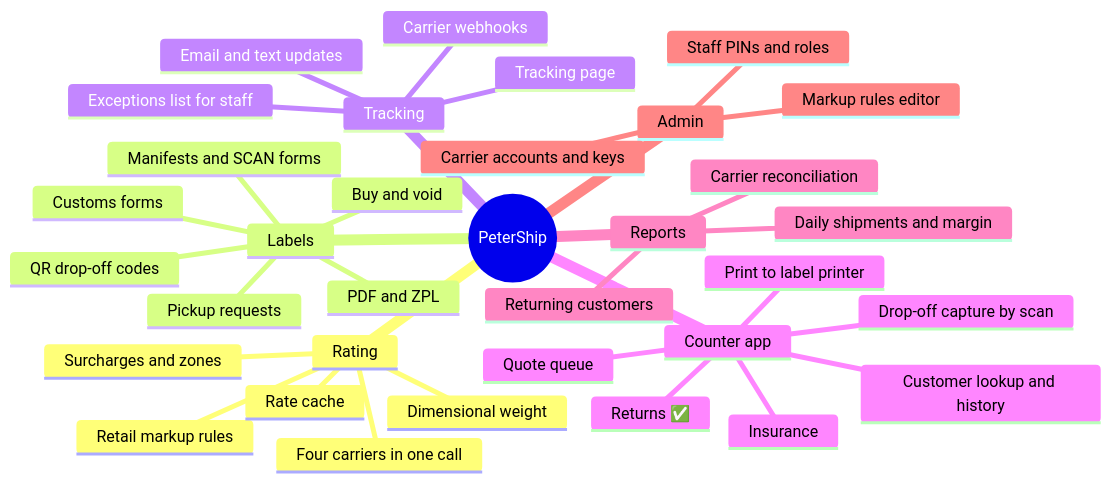
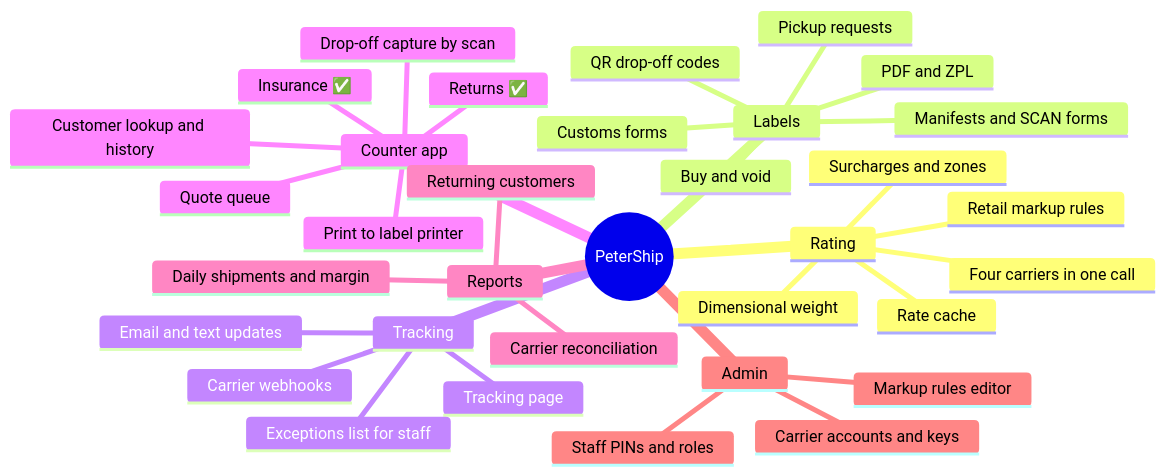
One commit to wbp318/goin-postal-forsythe changed the fifth of 8 diagrams in shipping-client/README.md. Above: the diagram before and after it, drawn with Mermaid. The commit also changed other lines of this file and 22 other files, not shown here.

````diff
--- a/shipping-client/README.md
+++ b/shipping-client/README.md
@@ -426,37 +433,37 @@
 ```mermaid
 mindmap
   root((PeterShip))
     Rating
       Four carriers in one call
       Dimensional weight
       Surcharges and zones
       Retail markup rules
       Rate cache
     Labels
       Buy and void
       PDF and ZPL
       QR drop-off codes
       Customs forms
       Manifests and SCAN forms
       Pickup requests
     Tracking
       Carrier webhooks
       Tracking page
       Email and text updates
       Exceptions list for staff
     Counter app
       Quote queue
       Drop-off capture by scan
       Customer lookup and history
       Returns ✅
-      Insurance
+      Insurance ✅
       Print to label printer
     Reports
       Daily shipments and margin
       Carrier reconciliation
       Returning customers
     Admin
       Carrier accounts and keys
       Markup rules editor
       Staff PINs and roles
 ```
````
